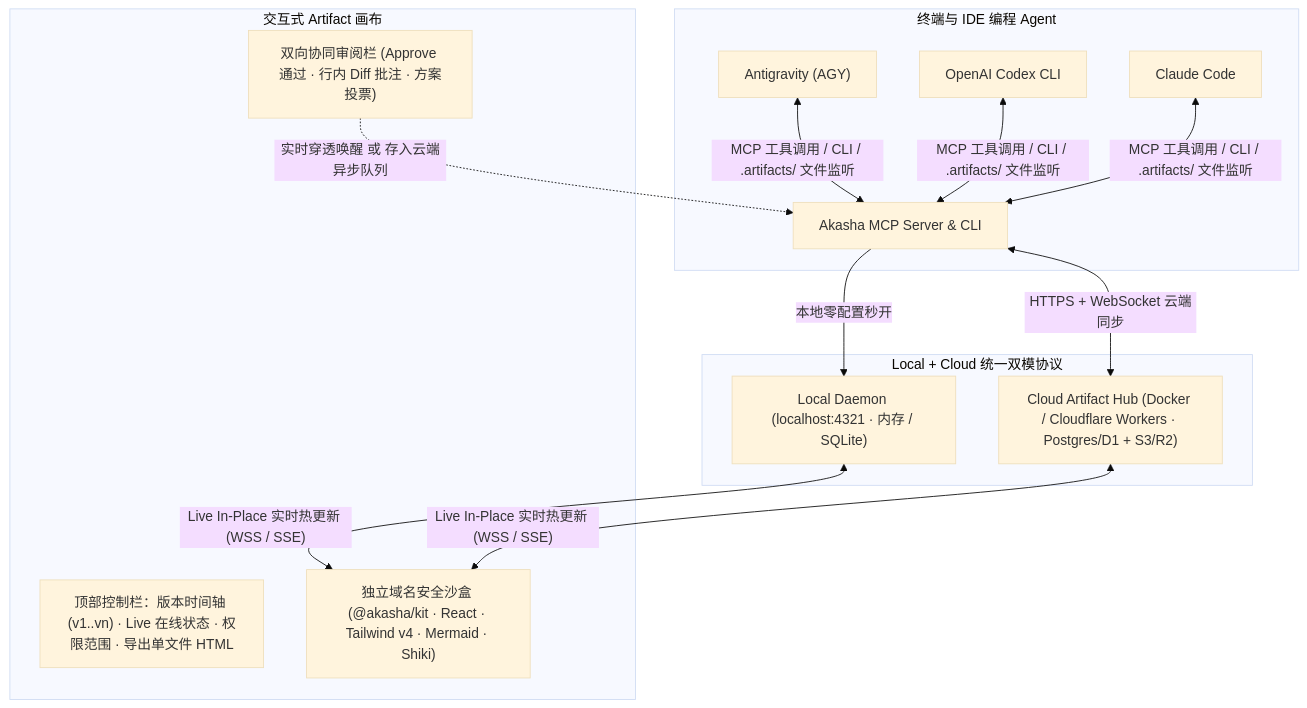
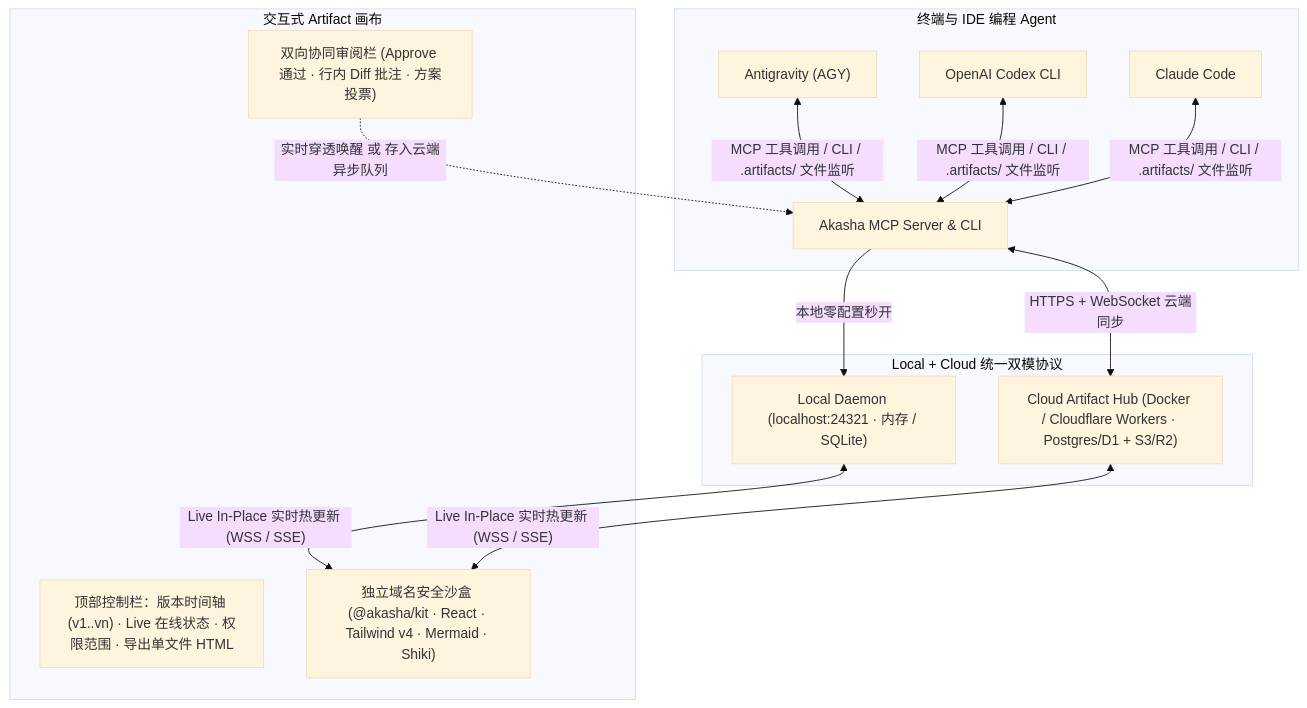
One commit to VOD-Studio/akasha-artifacts changed the diagram in README.zh-CN.md. Above: the diagram before and after it, drawn with Mermaid (base theme). The commit also changed other lines of this file and 253 other files, not shown here.

````diff
--- a/README.zh-CN.md
+++ b/README.zh-CN.md
@@ -87,26 +87,26 @@
 ```mermaid
 flowchart TB
     subgraph Agents["终端与 IDE 编程 Agent"]
         AG["Antigravity (AGY)"]
         CX["OpenAI Codex CLI"]
         CC["Claude Code"]
         MCP["Akasha MCP Server & CLI"]
     end
 
     subgraph Modes["Local + Cloud 统一双模协议"]
-        LOCAL["Local Daemon (localhost:4321 · 内存 / SQLite)"]
+        LOCAL["Local Daemon (localhost:24321 · 内存 / SQLite)"]
         CLOUD["Cloud Artifact Hub (Docker / Cloudflare Workers · Postgres/D1 + S3/R2)"]
     end
 
     subgraph Browser["交互式 Artifact 画布"]
         BAR["顶部控制栏：版本时间轴 (v1..vn) · Live 在线状态 · 权限范围 · 导出单文件 HTML"]
         SANDBOX["独立域名安全沙盒 (@akasha/kit · React · Tailwind v4 · Mermaid · Shiki)"]
         HITL["双向协同审阅栏 (Approve 通过 · 行内 Diff 批注 · 方案投票)"]
     end
 
     AG & CX & CC <-->|"MCP 工具调用 / CLI / .artifacts/ 文件监听"| MCP
     MCP -->|"本地零配置秒开"| LOCAL
     MCP <-->|"HTTPS + WebSocket 云端同步"| CLOUD
     LOCAL & CLOUD <-->|"Live In-Place 实时热更新 (WSS / SSE)"| SANDBOX
     HITL -.->|"实时穿透唤醒 或 存入云端异步队列"| MCP
 ```
````
